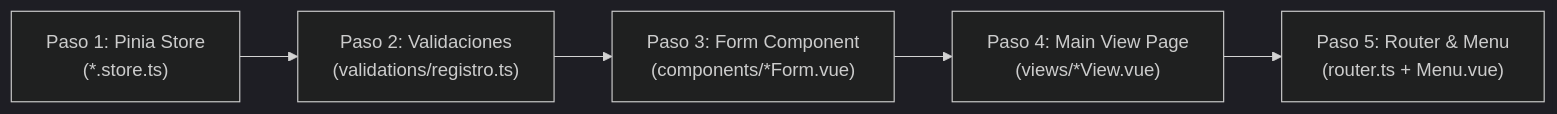
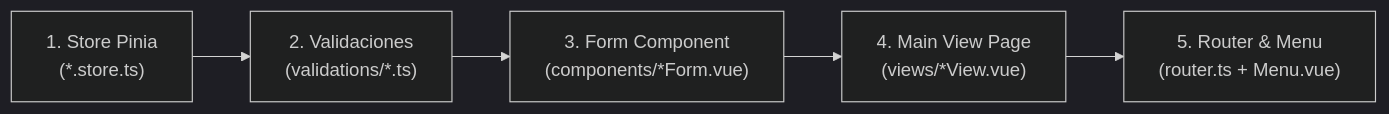
One commit to Rafa-x64/Sinergy changed the diagram in docs/guia-frontend.md. Above: the diagram before and after it, drawn with Mermaid (dark theme). The commit also changed other lines of this file and 14 other files, not shown here.

````diff
--- a/docs/guia-frontend.md
+++ b/docs/guia-frontend.md
@@ -112,7 +96,7 @@
 ```mermaid
 flowchart LR
-    A["Paso 1: Pinia Store<br/>(*.store.ts)"] --> B["Paso 2: Validaciones<br/>(validations/registro.ts)"]
-    B --> C["Paso 3: Form Component<br/>(components/*Form.vue)"]
-    C --> D["Paso 4: Main View Page<br/>(views/*View.vue)"]
-    D --> E["Paso 5: Router & Menu<br/>(router.ts + Menu.vue)"]
+    P1["1. Store Pinia<br/>(*.store.ts)"] --> P2["2. Validaciones<br/>(validations/*.ts)"]
+    P2 --> P3["3. Form Component<br/>(components/*Form.vue)"]
+    P3 --> P4["4. Main View Page<br/>(views/*View.vue)"]
+    P4 --> P5["5. Router & Menu<br/>(router.ts + Menu.vue)"]
 ```
````
